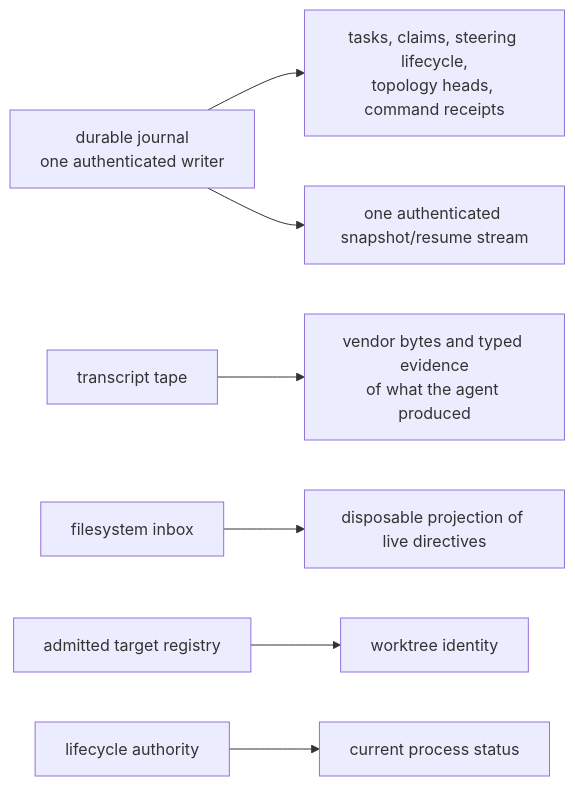
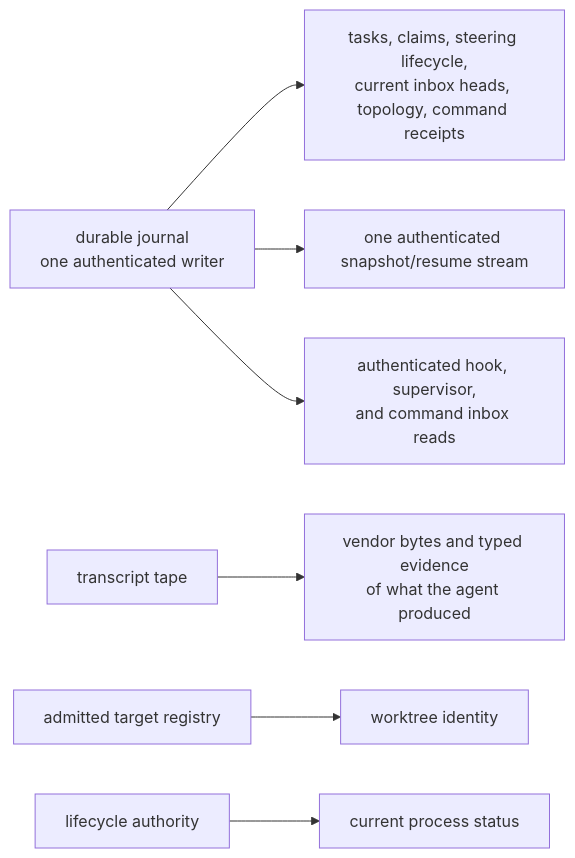
One commit to infimalabs/spice-rust changed the eighth of 9 diagrams in docs/product/model/domain.md. Above: the diagram before and after it, drawn with Mermaid. The commit also changed other lines of this file and 95 other files, not shown here.

Commit message:
Deliver steering from journal authority

````diff
--- a/docs/product/model/domain.md
+++ b/docs/product/model/domain.md
@@ -153,9 +153,9 @@
 ```mermaid
 flowchart LR
-  JR["durable journal<br/>one authenticated writer"] --> SemanticFacts["tasks, claims, steering lifecycle,<br/>topology heads, command receipts"]
+  JR["durable journal<br/>one authenticated writer"] --> SemanticFacts["tasks, claims, steering lifecycle,<br/>current inbox heads, topology, command receipts"]
   TR["transcript tape"] --> ActivityWhatTheAgentProduced["vendor bytes and typed evidence<br/>of what the agent produced"]
-  FS["filesystem inbox"] --> PendingSteering["disposable projection of live directives"]
   RG["admitted target registry"] --> WorktreeIdentity["worktree identity"]
   LR["lifecycle authority"] --> ProcessStatus["current process status"]
   JR --> STREAM["one authenticated snapshot/resume stream"]
+  JR --> INBOX["authenticated hook, supervisor,<br/>and command inbox reads"]
 ```
````
